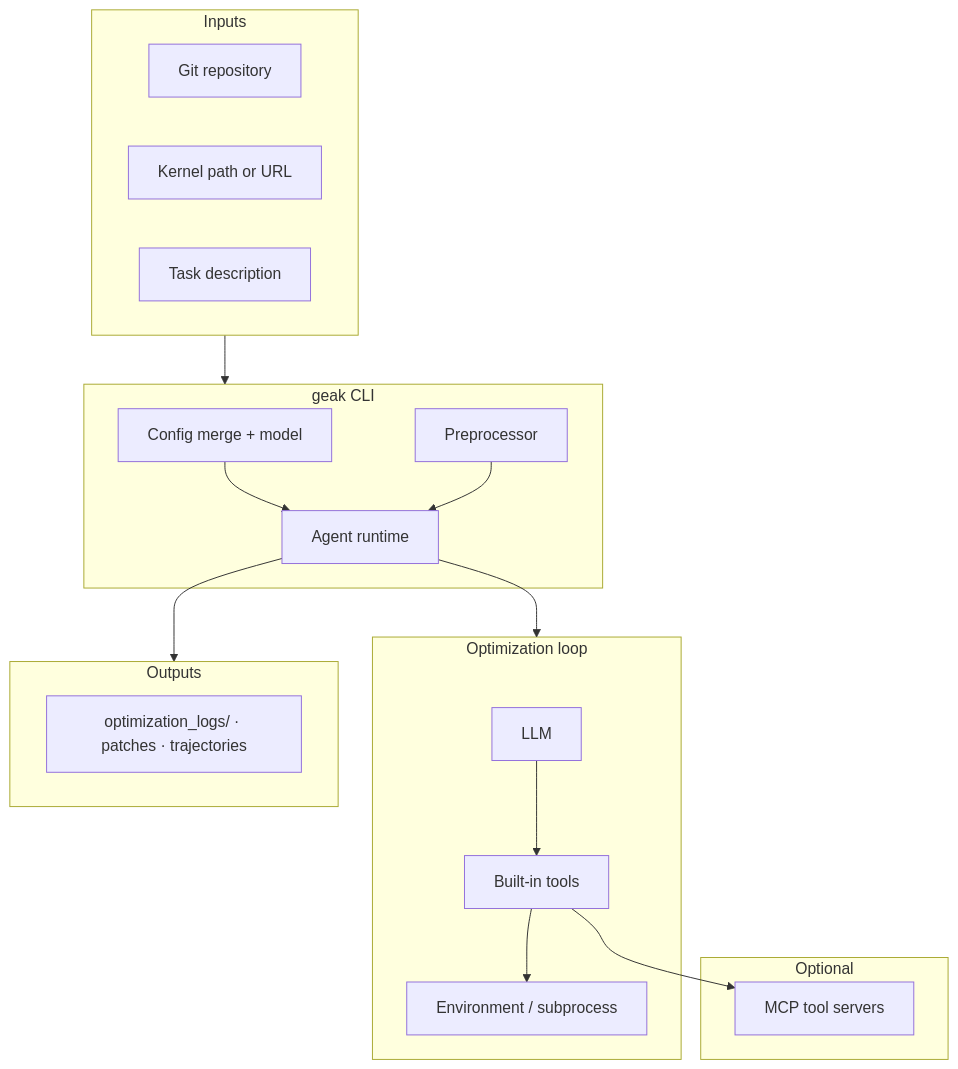
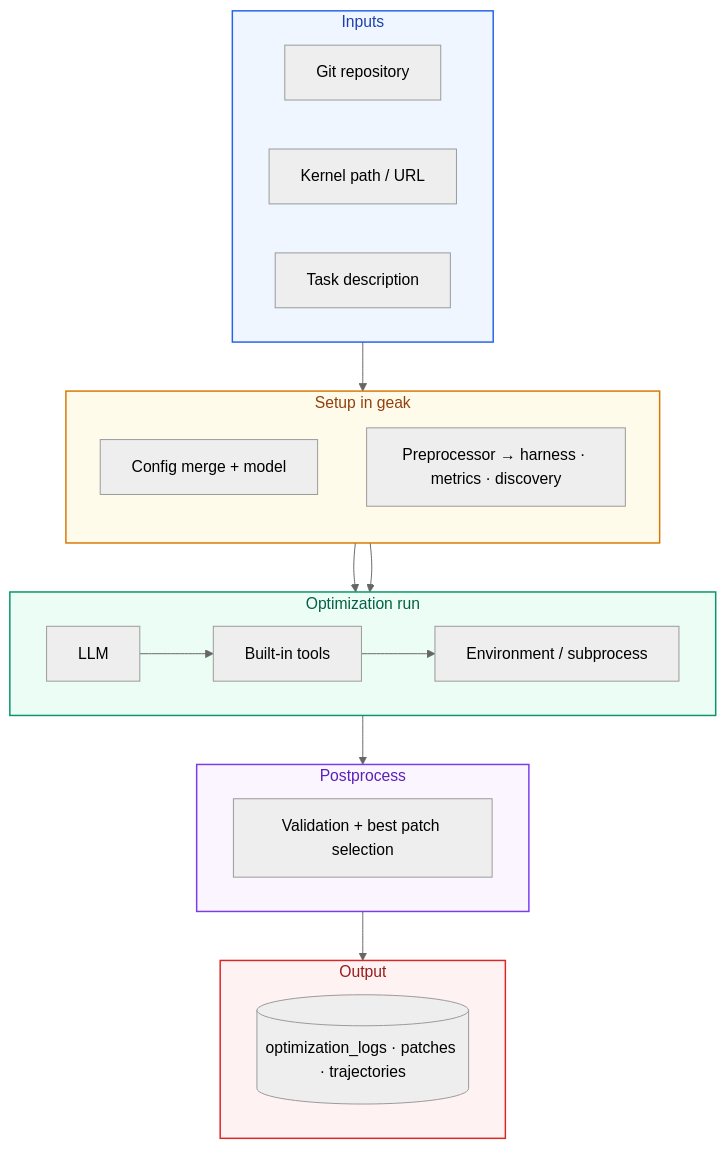
One commit to Bsgg1/GEAK changed the diagram in README.md. Above: the diagram before and after it, drawn with Mermaid. The commit also changed other lines of this file, not shown here.

Commit message:
docs<readme>: add flowchart in readme

````diff
--- a/README.md
+++ b/README.md
@@ -15,37 +15,44 @@
 ```mermaid
+%%{init: {"theme": "neutral", "flowchart": {"curve": "basis", "padding": 16}}}%%
 flowchart TB
   subgraph Inputs
+    direction LR
     R[Git repository]
-    K[Kernel path or URL]
+    K[Kernel path / URL]
     T[Task description]
   end
 
-  subgraph GeakCLI["geak CLI"]
+  subgraph Setup["Setup in geak"]
+    direction TB
     CFG[Config merge + model]
-    PRE[Preprocessor]
-    RUN[Agent runtime]
+    PRE[Preprocessor → harness · metrics · discovery]
   end
 
-  subgraph Loop["Optimization loop"]
+  subgraph OptRun["Optimization run"]
+    direction LR
     LLM[LLM]
     TOOL[Built-in tools]
     ENV[Environment / subprocess]
+    LLM --> TOOL --> ENV
   end
 
-  subgraph Optional["Optional"]
-    MCP[MCP tool servers]
+  subgraph POSTPROC["Postprocess"]
+    SEL[Validation + best patch selection]
   end
 
-  subgraph Outputs
-    ART["optimization_logs/ · patches · trajectories"]
+  subgraph OUT["Output"]
+    OP[(optimization_logs · patches · trajectories)]
   end
 
-  Inputs --> GeakCLI
-  CFG --> RUN
-  PRE --> RUN
-  RUN --> Loop
-  LLM --> TOOL
-  TOOL --> ENV
-  TOOL --> MCP
-  RUN --> Outputs
+  Inputs --> Setup
+  CFG --> OptRun
+  PRE --> OptRun
+  OptRun --> POSTPROC
+  POSTPROC --> OUT
+
+  style Inputs fill:#eff6ff,stroke:#2563eb,stroke-width:1.5px,color:#1e40af
+  style Setup fill:#fffbeb,stroke:#d97706,stroke-width:1.5px,color:#92400e
+  style OptRun fill:#ecfdf5,stroke:#059669,stroke-width:1.5px,color:#065f46
+  style POSTPROC fill:#faf5ff,stroke:#7c3aed,stroke-width:1.5px,color:#5b21b6
+  style OUT fill:#fef2f2,stroke:#dc2626,stroke-width:1.5px,color:#991b1b
 ```
````
